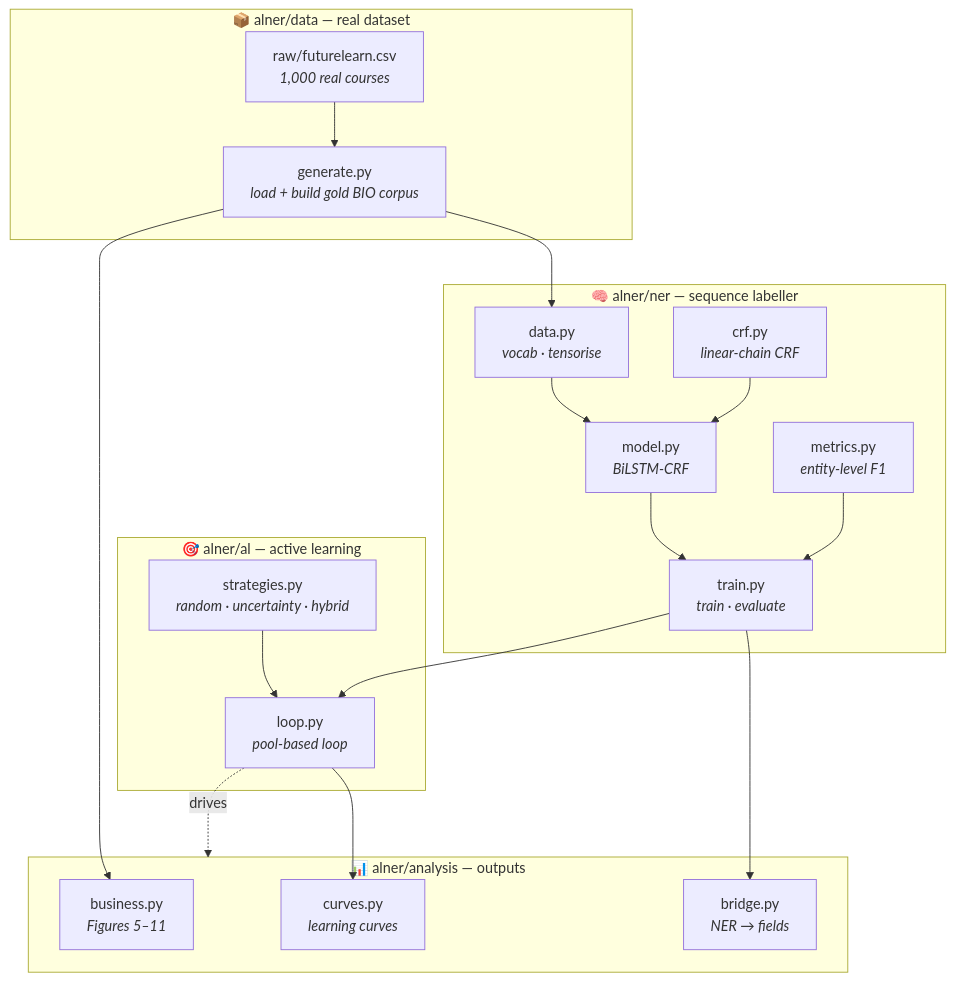
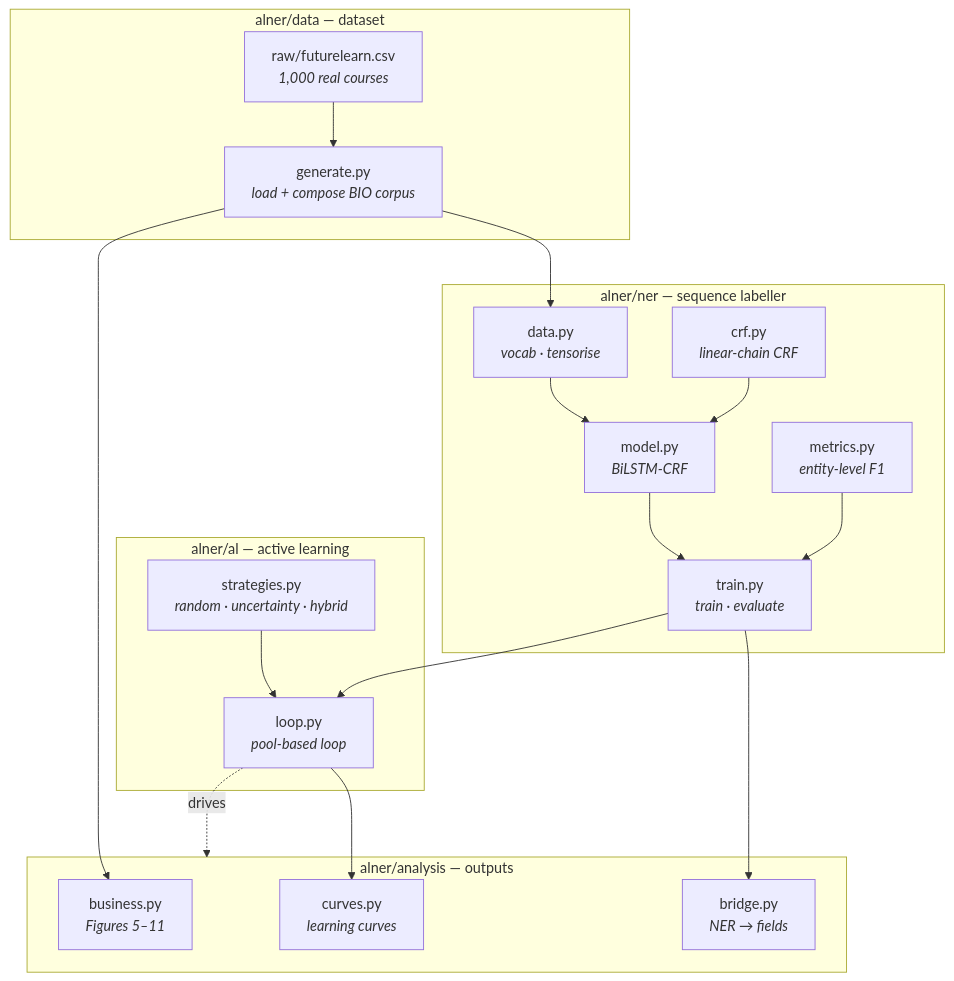
The second of 5 diagrams in README.md (ismatsamadov/active_learning), drawn with Mermaid before and after one commit. The commit also changed other lines of this file and 5 other files, not shown here.

````diff
--- a/README.md
+++ b/README.md
@@ -84,35 +97,35 @@
 ```mermaid
 flowchart TB
-    subgraph DATA["📦 alner/data — real dataset"]
+    subgraph DATA["alner/data — dataset"]
         RAW["raw/futurelearn.csv<br/><i>1,000 real courses</i>"]
-        GEN["generate.py<br/><i>load + build gold BIO corpus</i>"]
+        GEN["generate.py<br/><i>load + compose BIO corpus</i>"]
         RAW --> GEN
     end
-    subgraph NER["🧠 alner/ner — sequence labeller"]
+    subgraph NER["alner/ner — sequence labeller"]
         DAT["data.py<br/><i>vocab · tensorise</i>"]
         CRF["crf.py<br/><i>linear-chain CRF</i>"]
         MOD["model.py<br/><i>BiLSTM-CRF</i>"]
         TRN["train.py<br/><i>train · evaluate</i>"]
         MET["metrics.py<br/><i>entity-level F1</i>"]
         DAT --> MOD
         CRF --> MOD
         MOD --> TRN
         MET --> TRN
     end
-    subgraph AL["🎯 alner/al — active learning"]
+    subgraph AL["alner/al — active learning"]
         STR["strategies.py<br/><i>random · uncertainty · hybrid</i>"]
         LOOP["loop.py<br/><i>pool-based loop</i>"]
         STR --> LOOP
     end
-    subgraph ANA["📊 alner/analysis — outputs"]
+    subgraph ANA["alner/analysis — outputs"]
         BIZ["business.py<br/><i>Figures 5–11</i>"]
         CUR["curves.py<br/><i>learning curves</i>"]
         BR["bridge.py<br/><i>NER → fields</i>"]
     end
     GEN --> DAT
     TRN --> LOOP
     TRN --> BR
     LOOP --> CUR
     GEN --> BIZ
     LOOP -. drives .-> ANA
 ```
````
